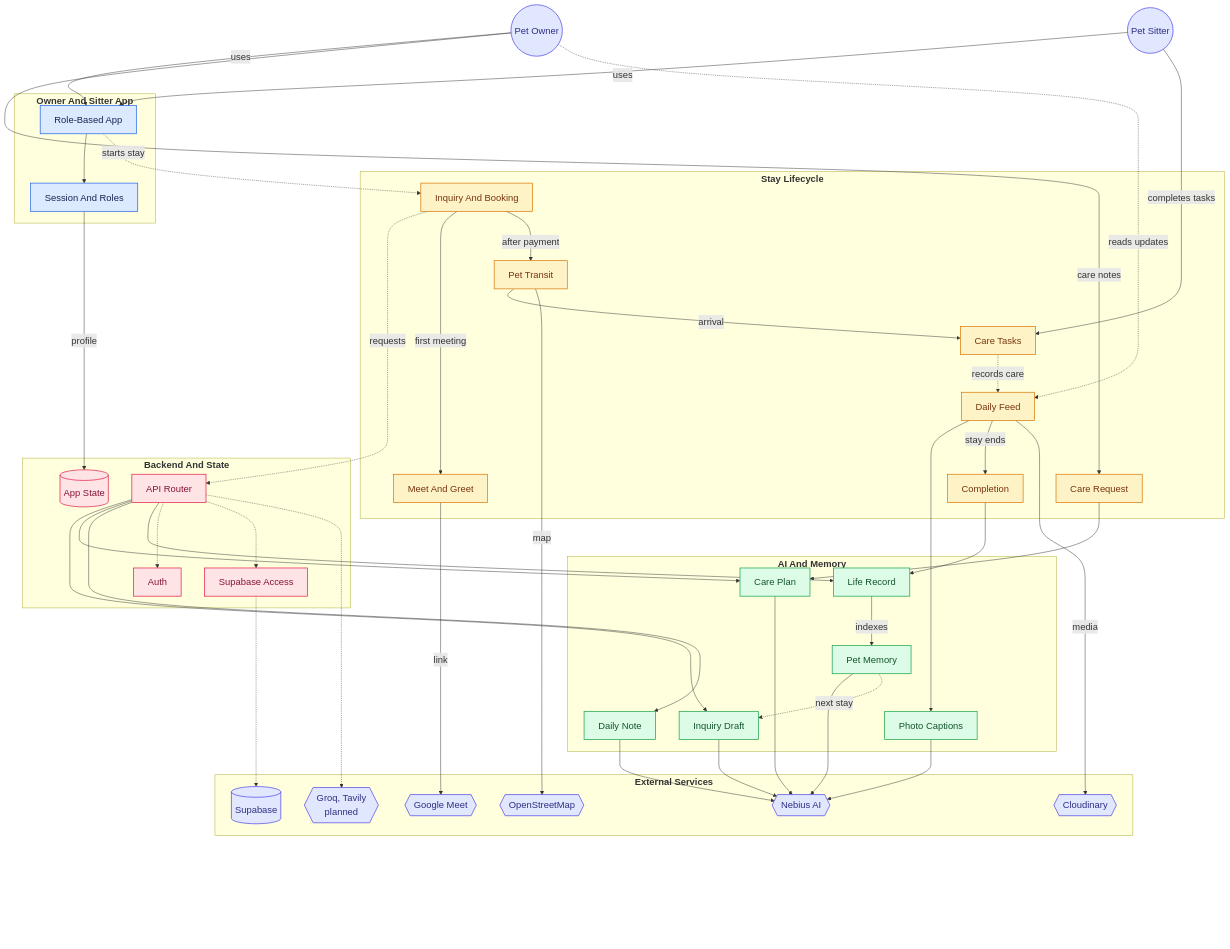
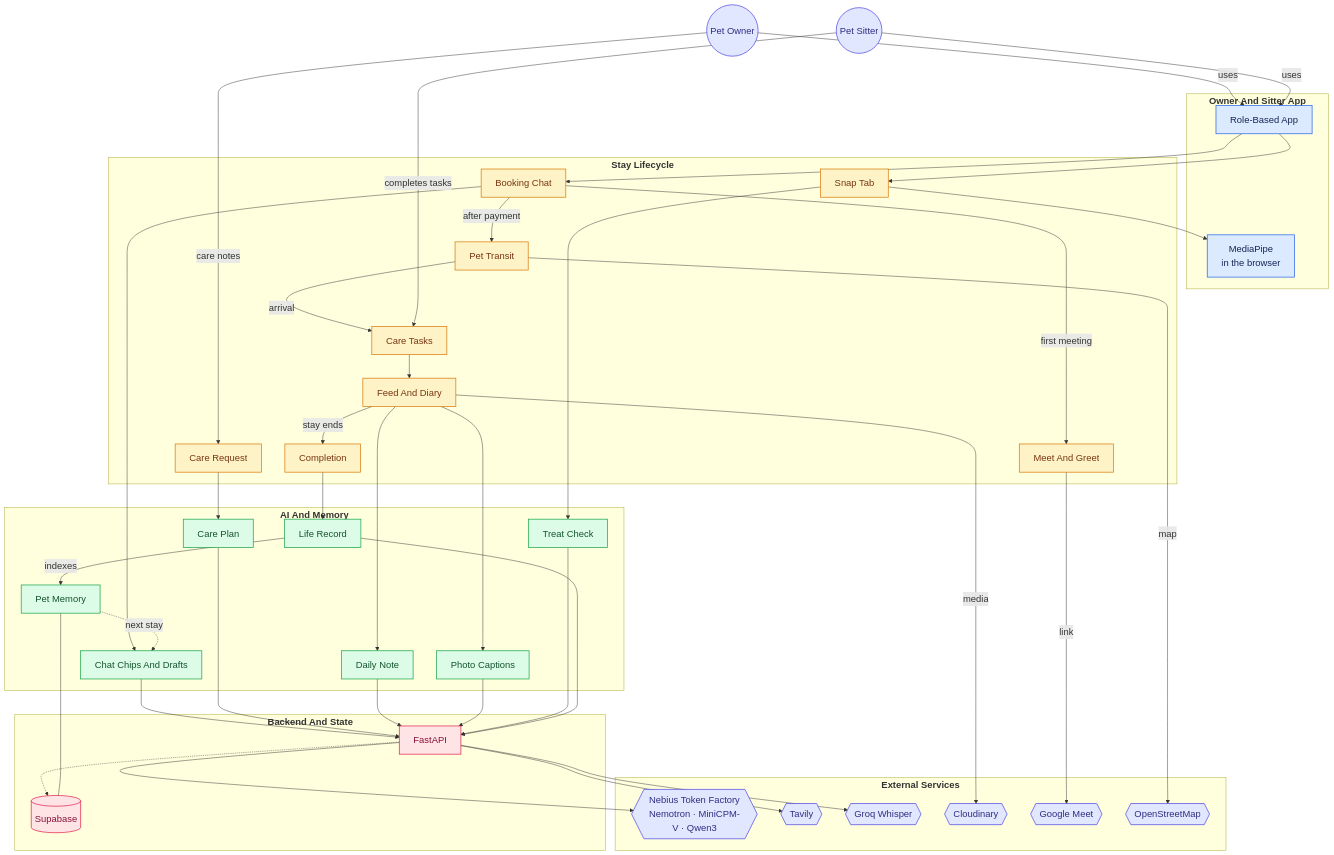
The diagram in README.md (minsikpaul92/Goldito), drawn with Mermaid before and after one commit. The commit also changed other lines of this file and 85 other files, not shown here.

````diff
--- a/README.md
+++ b/README.md
@@ -315,42 +313,42 @@
 
 subgraph group_experience["<b>Owner And Sitter App</b>"]
   node_mobile["Role-Based App"]
-  node_session["Session And Roles"]
+  node_browser["MediaPipe<br/>in the browser"]
 end
 
 subgraph group_stay["<b>Stay Lifecycle</b>"]
-  node_booking["Inquiry And Booking"]
+  node_chat["Booking Chat"]
   node_meet["Meet And Greet"]
   node_care_request["Care Request"]
   node_transit["Pet Transit"]
   node_care_tasks["Care Tasks"]
-  node_daily_updates["Daily Feed"]
+  node_daily_updates["Feed And Diary"]
   node_completion["Completion"]
+  node_snap["Snap Tab"]
 end
 
 subgraph group_ai["<b>AI And Memory</b>"]
-  node_ai_inquiry["Inquiry Draft"]
+  node_ai_chat["Chat Chips And Drafts"]
   node_ai_care["Care Plan"]
   node_ai_daily["Daily Note"]
   node_ai_caption["Photo Captions"]
+  node_ai_safety["Treat Check"]
   node_ai_life["Life Record"]
   node_rag["Pet Memory"]
 end
 
 subgraph group_platform["<b>Backend And State</b>"]
-  node_api["API Router"]
-  node_auth["Auth"]
-  node_supabase_client["Supabase Access"]
-  node_app_state[("App State")]
+  node_api["FastAPI"]
+  node_supabase[("Supabase")]
 end
 
 subgraph group_integrations["<b>External Services</b>"]
-  node_nebius{{"Nebius AI"}}
-  node_supabase[("Supabase")]
+  node_nebius{{"Nebius Token Factory<br/>Nemotron · MiniCPM-V · Qwen3"}}
+  node_tavily{{"Tavily"}}
+  node_groq{{"Groq Whisper"}}
   node_cloudinary{{"Cloudinary"}}
   node_google_meet{{"Google Meet"}}
   node_osm{{"OpenStreetMap"}}
-  node_planned{{"Groq, Tavily<br/>planned"}}
 end
 
 node_owner(("Pet Owner"))
@@ -358,53 +356,42 @@
 
 node_owner -->|"uses"| node_mobile
 node_sitter -->|"uses"| node_mobile
-node_mobile --> node_session
-node_session -->|"profile"| node_app_state
-node_mobile -.->|"starts stay"| node_booking
-node_booking -.->|"requests"| node_api
-node_api --> node_ai_inquiry
-node_api --> node_ai_care
-node_api --> node_ai_daily
-node_api --> node_ai_life
+node_mobile --> node_chat
+node_mobile --> node_snap
+node_snap --> node_browser
+node_chat --> node_ai_chat
+node_chat -->|"first meeting"| node_meet
 node_owner -->|"care notes"| node_care_request
 node_care_request --> node_ai_care
-node_booking -->|"first meeting"| node_meet
-node_booking -->|"after payment"| node_transit
+node_chat -->|"after payment"| node_transit
 node_transit -->|"arrival"| node_care_tasks
 node_sitter -->|"completes tasks"| node_care_tasks
-node_care_tasks -.->|"records care"| node_daily_updates
-node_owner -.->|"reads updates"| node_daily_updates
+node_care_tasks --> node_daily_updates
+node_daily_updates --> node_ai_daily
 node_daily_updates --> node_ai_caption
 node_daily_updates -->|"stay ends"| node_completion
 node_completion --> node_ai_life
-node_ai_inquiry --> node_nebius
-node_ai_care --> node_nebius
-node_ai_daily --> node_nebius
-node_ai_caption --> node_nebius
+node_snap --> node_ai_safety
+node_ai_chat & node_ai_care & node_ai_daily & node_ai_caption & node_ai_safety & node_ai_life --> node_api
+node_api --> node_nebius
+node_api --> node_tavily
+node_api --> node_groq
+node_api -.-> node_supabase
 node_ai_life -->|"indexes"| node_rag
-node_rag --> node_nebius
-node_rag -.->|"next stay"| node_ai_inquiry
-node_api -.-> node_auth
-node_api -.-> node_supabase_client
-node_supabase_client -.-> node_supabase
-node_api -.-> node_planned
+node_rag -.->|"next stay"| node_ai_chat
+node_rag --- node_supabase
 node_daily_updates -->|"media"| node_cloudinary
 node_meet -->|"link"| node_google_meet
 node_transit -->|"map"| node_osm
-
-node_google_meet & node_nebius & node_supabase & node_cloudinary & node_osm & node_planned ~~~ node_pad
-node_pad[" <br/> <br/> <br/> <br/> <br/> "]
-classDef padNone fill:none,stroke:none,color:transparent
-class node_pad padNone
 
 classDef toneBlue fill:#dbeafe,stroke:#2563eb,stroke-width:1.5px,color:#172554
 classDef toneAmber fill:#fef3c7,stroke:#d97706,stroke-width:1.5px,color:#78350f
 classDef toneMint fill:#dcfce7,stroke:#16a34a,stroke-width:1.5px,color:#14532d
 classDef toneRose fill:#ffe4e6,stroke:#e11d48,stroke-width:1.5px,color:#881337
 classDef toneIndigo fill:#e0e7ff,stroke:#4f46e5,stroke-width:1.5px,color:#312e81
-class node_mobile,node_session toneBlue
-class node_booking,node_meet,node_care_request,node_transit,node_care_tasks,node_daily_updates,node_completion toneAmber
-class node_ai_inquiry,node_ai_care,node_ai_daily,node_ai_caption,node_ai_life,node_rag toneMint
-class node_api,node_auth,node_supabase_client,node_app_state toneRose
-class node_nebius,node_supabase,node_cloudinary,node_google_meet,node_osm,node_planned,node_owner,node_sitter toneIndigo
+class node_mobile,node_browser toneBlue
+class node_chat,node_meet,node_care_request,node_transit,node_care_tasks,node_daily_updates,node_completion,node_snap toneAmber
+class node_ai_chat,node_ai_care,node_ai_daily,node_ai_caption,node_ai_safety,node_ai_life,node_rag toneMint
+class node_api,node_supabase toneRose
+class node_nebius,node_tavily,node_groq,node_cloudinary,node_google_meet,node_osm,node_owner,node_sitter toneIndigo
 ```
````
